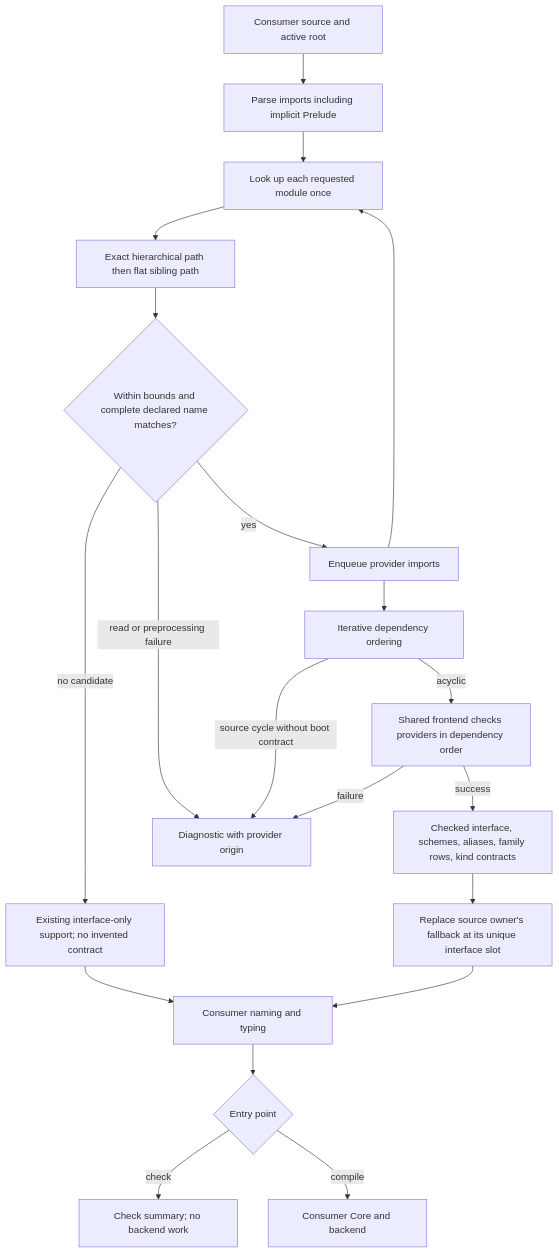
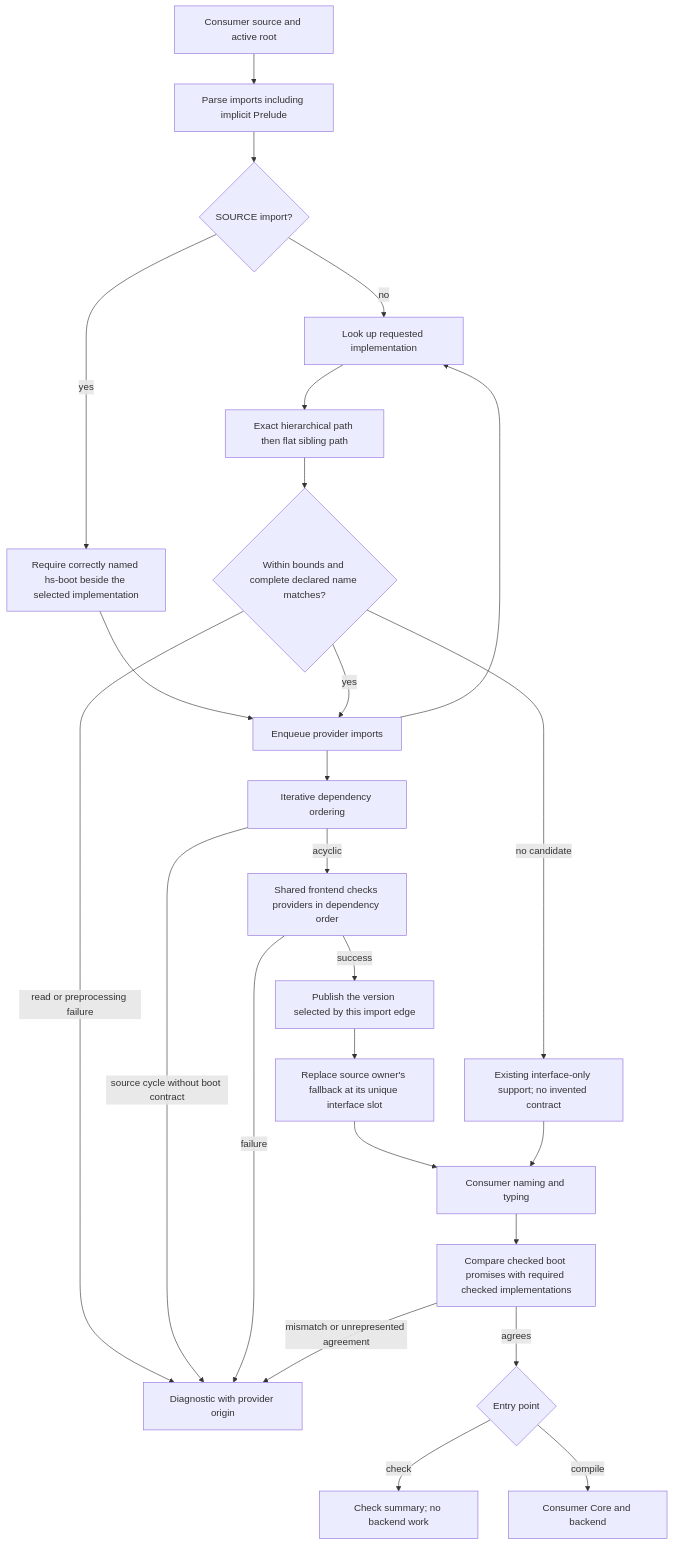
Before and after one commit to loveJesus/haskelujah-chirho: the diagram in spec-chirho/workflows-chirho/compiler-pipeline-chirho/module-search-authority-chirho.md, drawn with Mermaid. The commit also changed other lines of this file and 36 other files, not shown here.

First line of the commit message:
compat: check SOURCE boot promises before publishing contracts Chirho

````diff
--- a/spec-chirho/workflows-chirho/compiler-pipeline-chirho/module-search-authority-chirho.md
+++ b/spec-chirho/workflows-chirho/compiler-pipeline-chirho/module-search-authority-chirho.md
@@ -6,22 +6,27 @@
 ```mermaid
 flowchart TD
     source_chirho[Consumer source and active root] --> imports_chirho[Parse imports including implicit Prelude]
-    imports_chirho --> lookup_chirho[Look up each requested module once]
+    imports_chirho --> form_chirho{SOURCE import?}
+    form_chirho -- no --> lookup_chirho[Look up requested implementation]
+    form_chirho -- yes --> boot_chirho[Require correctly named hs-boot beside the selected implementation]
+    boot_chirho --> closure_chirho
     lookup_chirho --> rank_chirho[Exact hierarchical path then flat sibling path]
     rank_chirho --> admissible_chirho{Within bounds and complete declared name matches?}
     admissible_chirho -- no candidate --> interface_chirho[Existing interface-only support; no invented contract]
     admissible_chirho -- read or preprocessing failure --> fail_chirho[Diagnostic with provider origin]
     admissible_chirho -- yes --> closure_chirho[Enqueue provider imports]
     closure_chirho --> lookup_chirho
     closure_chirho --> order_chirho[Iterative dependency ordering]
     order_chirho -- source cycle without boot contract --> fail_chirho
     order_chirho -- acyclic --> check_chirho[Shared frontend checks providers in dependency order]
     check_chirho -- failure --> fail_chirho
-    check_chirho -- success --> companion_chirho[Checked interface, schemes, aliases, family rows, kind contracts]
+    check_chirho -- success --> companion_chirho[Publish the version selected by this import edge]
     companion_chirho --> unique_chirho[Replace source owner's fallback at its unique interface slot]
     unique_chirho --> frontend_chirho[Consumer naming and typing]
     interface_chirho --> frontend_chirho
-    frontend_chirho --> mode_chirho{Entry point}
+    frontend_chirho --> agreement_chirho[Compare checked boot promises with required checked implementations]
+    agreement_chirho -- mismatch or unrepresented agreement --> fail_chirho
+    agreement_chirho -- agrees --> mode_chirho{Entry point}
     mode_chirho -- check --> summary_chirho[Check summary; no backend work]
     mode_chirho -- compile --> backend_chirho[Consumer Core and backend]
 ```
````
